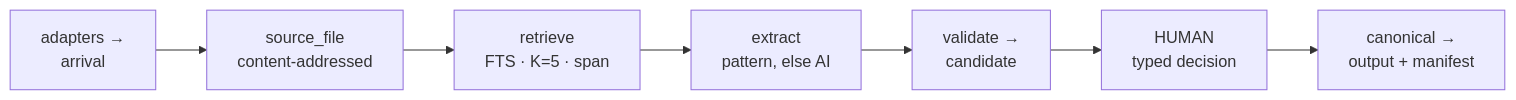
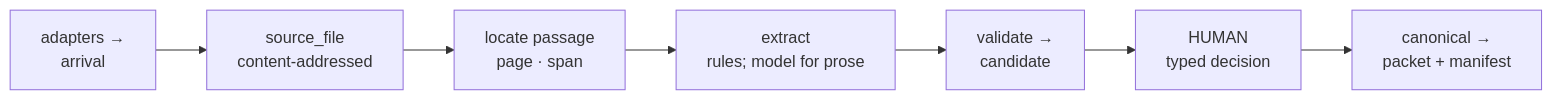
The second of 2 diagrams in docs/BLUEPRINT.md (akminx/7gc-os), drawn with Mermaid before and after one commit. The commit also changed other lines of this file and 93 other files, not shown here.

````diff
--- a/docs/BLUEPRINT.md
+++ b/docs/BLUEPRINT.md
@@ -54,6 +52,6 @@
 ```mermaid
 flowchart LR
-  A["adapters →<br/>arrival"] --> B["source_file<br/>content-addressed"] --> C["retrieve<br/>FTS · K=5 · span"]
-  C --> D["extract<br/>pattern, else AI"] --> E["validate →<br/>candidate"]
-  E --> F["HUMAN<br/>typed decision"] --> G["canonical →<br/>output + manifest"]
+  A["adapters →<br/>arrival"] --> B["source_file<br/>content-addressed"] --> C["locate passage<br/>page · span"]
+  C --> D["extract<br/>rules; model for prose"] --> E["validate →<br/>candidate"]
+  E --> F["HUMAN<br/>typed decision"] --> G["canonical →<br/>packet + manifest"]
 ```
````
